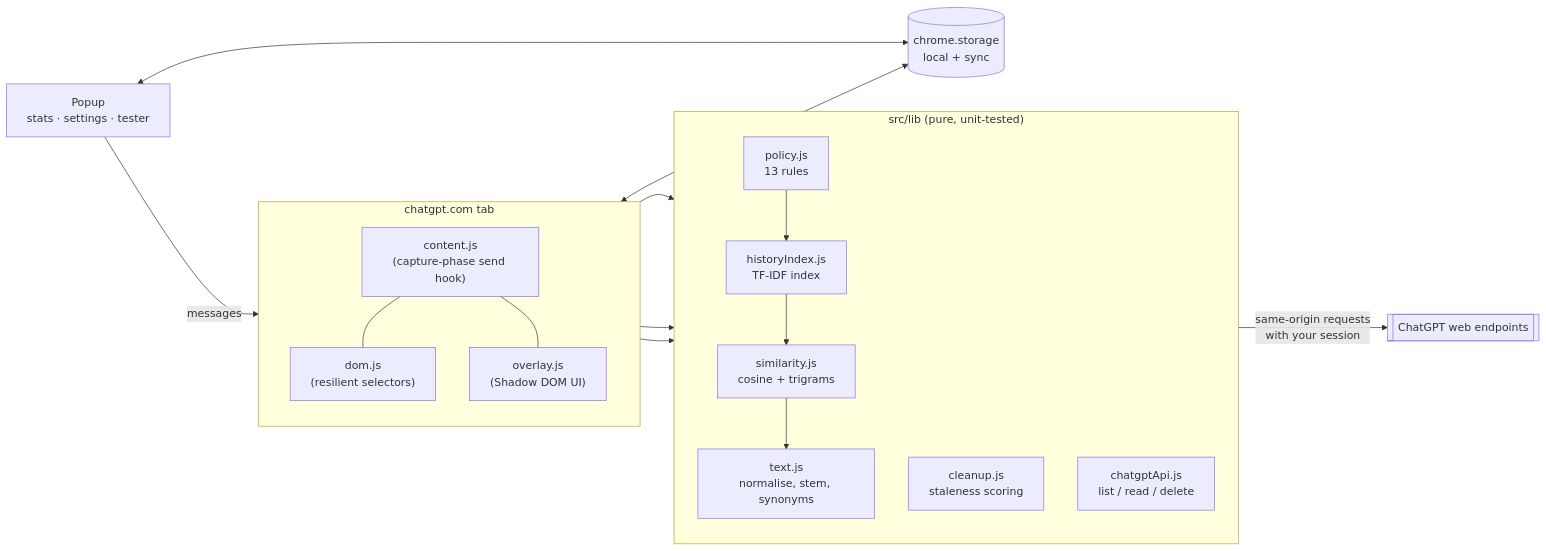
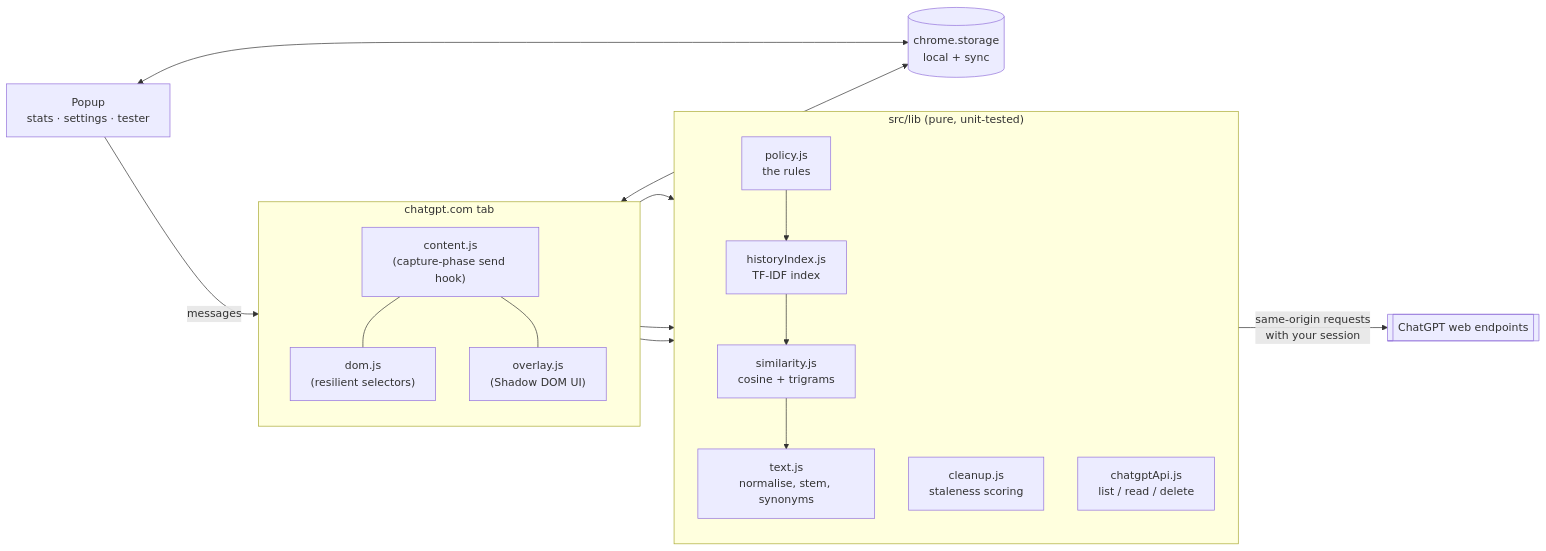
Before and after one commit to Anushka180712/Recall-API: the second of 2 diagrams in README.md, drawn with Mermaid. The commit also changed other lines of this file and 6 other files, not shown here.

````diff
--- a/README.md
+++ b/README.md
@@ -221,25 +223,25 @@
 ```mermaid
 flowchart LR
     subgraph Page["chatgpt.com tab"]
         direction TB
         CS["content.js<br/>(capture-phase send hook)"]
         DOM["dom.js<br/>(resilient selectors)"]
         UI["overlay.js<br/>(Shadow DOM UI)"]
         CS --- DOM
         CS --- UI
     end
     subgraph Core["src/lib (pure, unit-tested)"]
         direction TB
-        P["policy.js<br/>13 rules"] --> IDX["historyIndex.js<br/>TF-IDF index"]
+        P["policy.js<br/>the rules"] --> IDX["historyIndex.js<br/>TF-IDF index"]
         IDX --> SIM["similarity.js<br/>cosine + trigrams"] --> TXT["text.js<br/>normalise, stem, synonyms"]
         CL["cleanup.js<br/>staleness scoring"]
         API["chatgptApi.js<br/>list / read / delete"]
     end
     CS --> P
     CS --> CL
     CS --> API
     CS <--> ST[("chrome.storage<br/>local + sync")]
     POP["Popup<br/>stats · settings · tester"] <--> ST
     POP -- messages --> CS
     API -- "same-origin requests<br/>with your session" --> GPT[["ChatGPT web endpoints"]]
 ```
````
